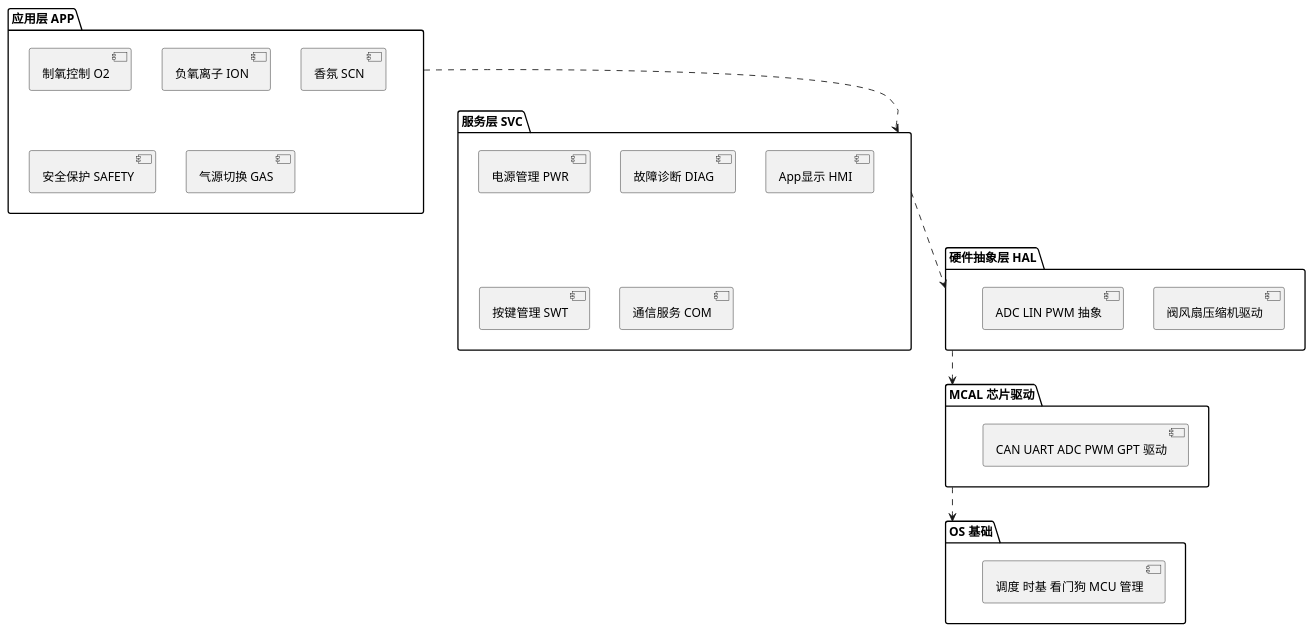
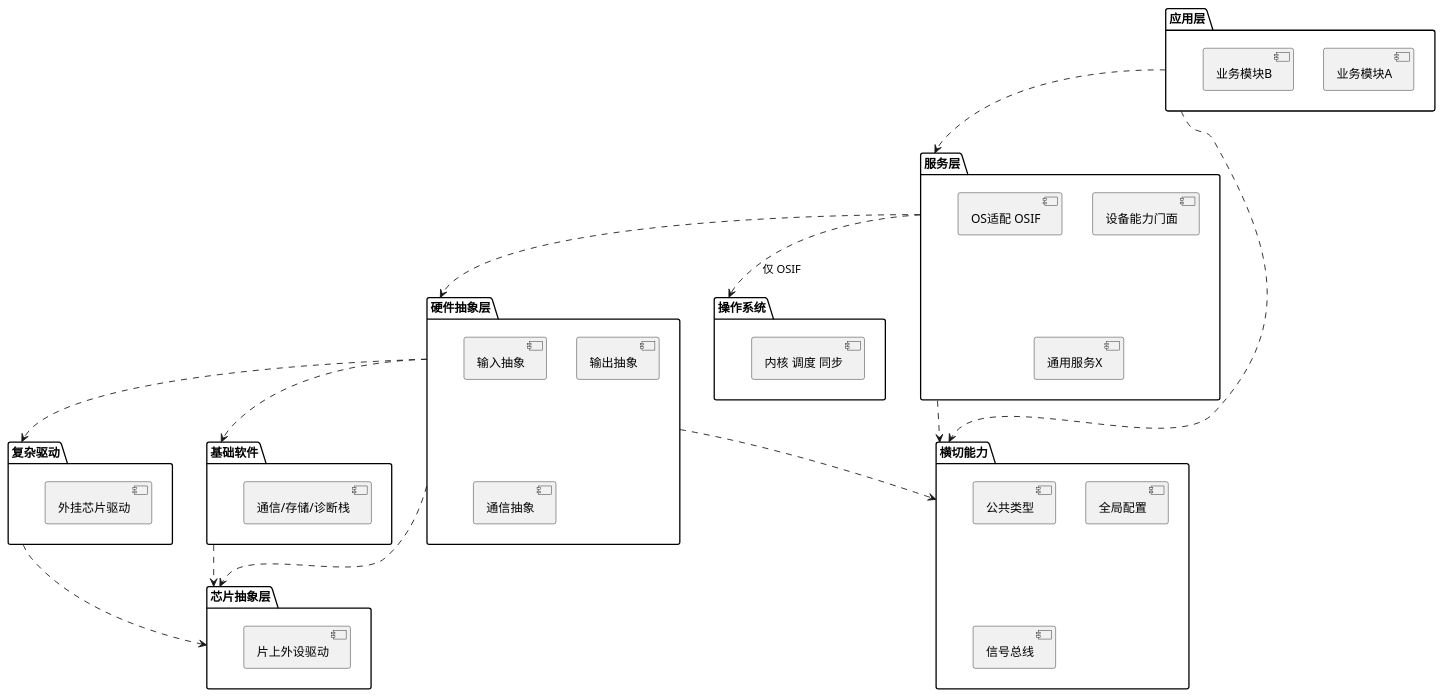
Before and after one commit to ChelseaSue/skills: the first of 3 diagrams in skills/sad-generator/references/diagram-guide.md, drawn with PlantUML. The commit also changed other lines of this file and 9 other files, not shown here.

````diff
--- a/skills/sad-generator/references/diagram-guide.md
+++ b/skills/sad-generator/references/diagram-guide.md
@@ -24,33 +58,47 @@
 ```plantuml
 @startuml
 skinparam backgroundColor #FFFFFF
-package "应用层 APP" as APP {
-  [制氧控制 O2]
-  [负氧离子 ION]
-  [香氛 SCN]
-  [安全保护 SAFETY]
-  [气源切换 GAS]
+package "应用层" as APP {
+  [业务模块A]
+  [业务模块B]
 }
-package "服务层 SVC" as SVC {
-  [电源管理 PWR]
-  [故障诊断 DIAG]
-  [App显示 HMI]
-  [按键管理 SWT]
-  [通信服务 COM]
+package "服务层" as SVC {
+  [设备能力门面]
+  [OS适配 OSIF]
+  [通用服务X]
 }
-package "硬件抽象层 HAL" as HAL {
-  [阀风扇压缩机驱动]
-  [ADC LIN PWM 抽象]
+package "硬件抽象层" as HAL {
+  [输入抽象]
+  [输出抽象]
+  [通信抽象]
 }
-package "MCAL 芯片驱动" as MCAL {
-  [CAN UART ADC PWM GPT 驱动]
+package "复杂驱动" as CDD {
+  [外挂芯片驱动]
 }
-package "OS 基础" as OS {
-  [调度 时基 看门狗 MCU 管理]
+package "基础软件" as BSW {
+  [通信/存储/诊断栈]
+}
+package "芯片抽象层" as MCAL {
+  [片上外设驱动]
+}
+package "操作系统" as OS {
+  [内核 调度 同步]
+}
+package "横切能力" as CROSS {
+  [公共类型]
+  [全局配置]
+  [信号总线]
 }
 APP ..> SVC
 SVC ..> HAL
+SVC ..> OS : 仅 OSIF
 HAL ..> MCAL
-MCAL ..> OS
+HAL ..> CDD
+HAL ..> BSW
+CDD ..> MCAL
+BSW ..> MCAL
+APP ..> CROSS
+SVC ..> CROSS
+HAL ..> CROSS
 @enduml
 ```
````
